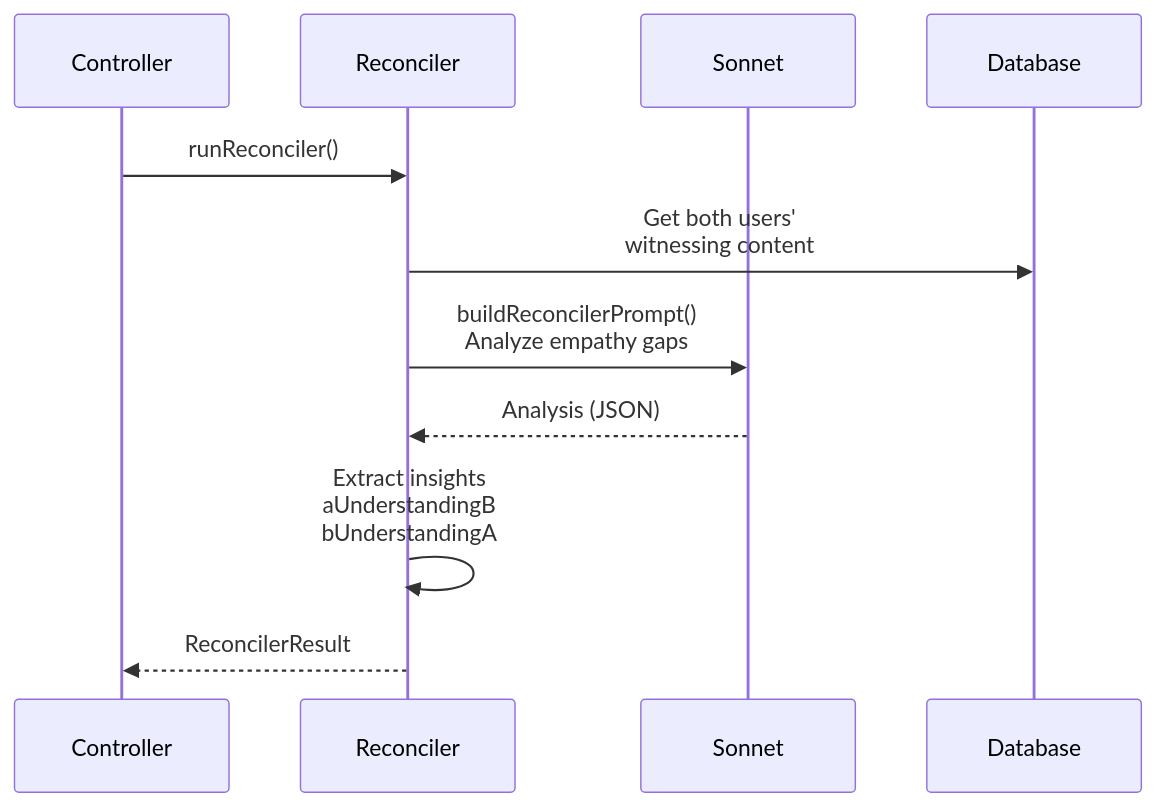
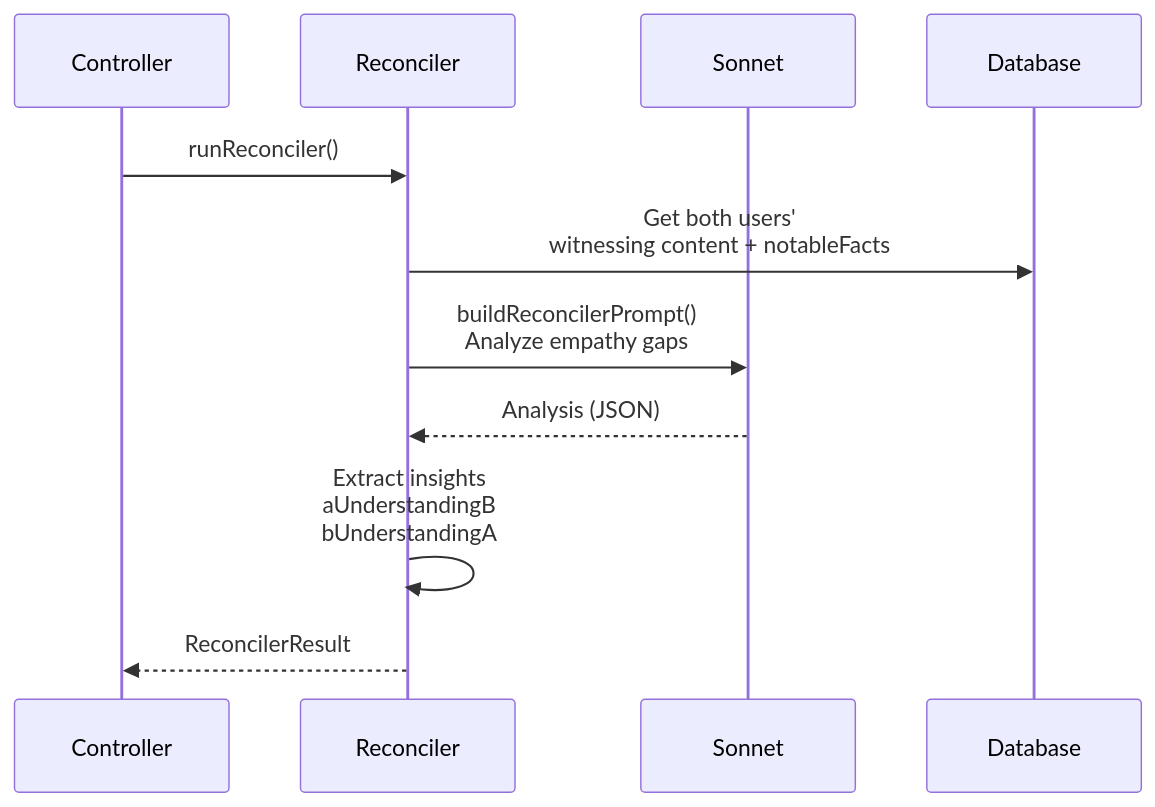
Before and after one commit to shantamg/meet-without-fear: diagram 17 of 17 in docs/backend/prompting-architecture.md, drawn with Mermaid. The commit also changed other lines of this file and 4 other files, not shown here.

First line of the commit message:
fix: reconciler now uses notableFacts to detect Stage 2 position shifts

````diff
--- a/docs/backend/prompting-architecture.md
+++ b/docs/backend/prompting-architecture.md
@@ -774,18 +774,18 @@
 ```mermaid
 sequenceDiagram
     participant Controller
     participant Reconciler
     participant Sonnet
     participant Database
 
     Controller->>Reconciler: runReconciler()
 
-    Reconciler->>Database: Get both users'<br/>witnessing content
+    Reconciler->>Database: Get both users'<br/>witnessing content + notableFacts
 
     Reconciler->>Sonnet: buildReconcilerPrompt()<br/>Analyze empathy gaps
     Sonnet-->>Reconciler: Analysis (JSON)
 
     Reconciler->>Reconciler: Extract insights<br/>aUnderstandingB<br/>bUnderstandingA
 
     Reconciler-->>Controller: ReconcilerResult
 ```
````
